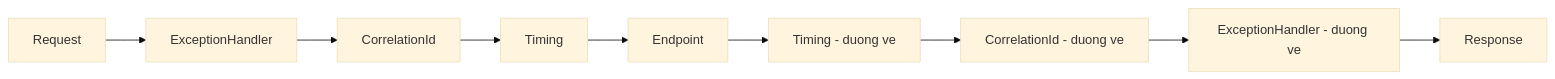
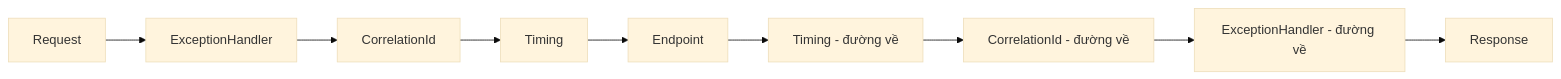
One commit to TienNHM/dotnet-course changed the first of 2 diagrams in lessons/stage-03-aspnet-core-backend/module-08-aspnet-core-fundamentals/8.2-request-pipeline-and-middleware.md. Above: the diagram before and after it, drawn with Mermaid (base theme). The commit also changed other lines of this file and 14 other files, not shown here.

````diff
--- a/lessons/stage-03-aspnet-core-backend/module-08-aspnet-core-fundamentals/8.2-request-pipeline-and-middleware.md
+++ b/lessons/stage-03-aspnet-core-backend/module-08-aspnet-core-fundamentals/8.2-request-pipeline-and-middleware.md
@@ -19,11 +21,11 @@
 ```mermaid
 flowchart LR
     R[Request] --> A1[ExceptionHandler]
     A1 --> B1[CorrelationId]
     B1 --> C1[Timing]
     C1 --> D[Endpoint]
-    D --> C2[Timing - duong ve]
-    C2 --> B2[CorrelationId - duong ve]
-    B2 --> A2[ExceptionHandler - duong ve]
+    D --> C2[Timing - đường về]
+    C2 --> B2[CorrelationId - đường về]
+    B2 --> A2[ExceptionHandler - đường về]
     A2 --> S[Response]
 ```
````
